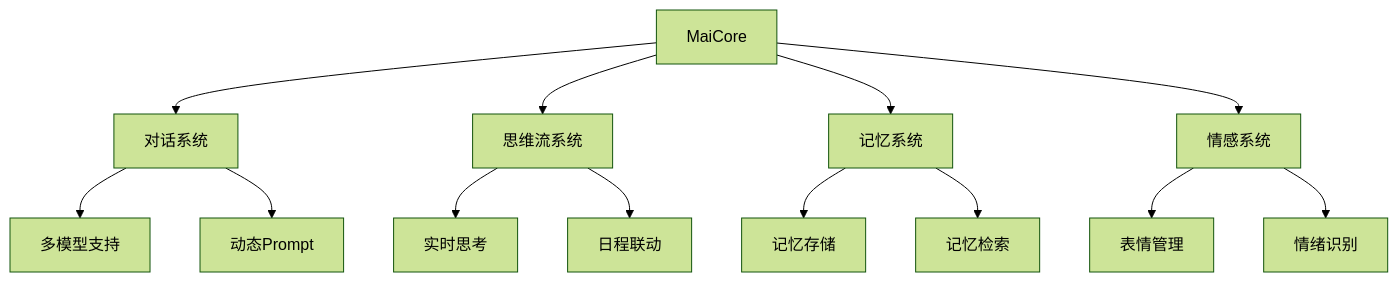
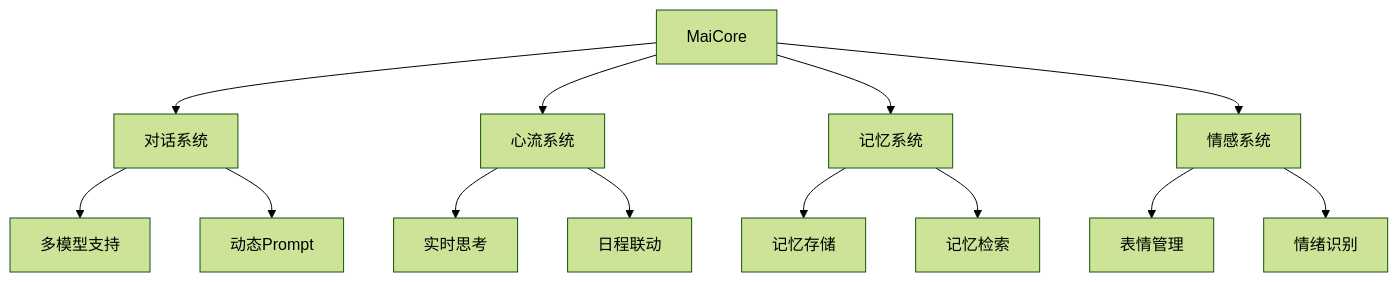
One commit to preauthn1/maibot-telegram-adapter changed the diagram in README.md. Above: the diagram before and after it, drawn with Mermaid (forest theme). The commit also changed other lines of this file and 11 other files, not shown here.

````diff
--- a/README.md
+++ b/README.md
@@ -129,15 +130,15 @@
 ```mermaid
 graph TD
     A[MaiCore] --> B[对话系统]
-    A --> C[思维流系统]
+    A --> C[心流系统]
     A --> D[记忆系统]
     A --> E[情感系统]
     B --> F[多模型支持]
     B --> G[动态Prompt]
     C --> H[实时思考]
     C --> I[日程联动]
     D --> J[记忆存储]
     D --> K[记忆检索]
     E --> L[表情管理]
     E --> M[情绪识别]
 ```
````
